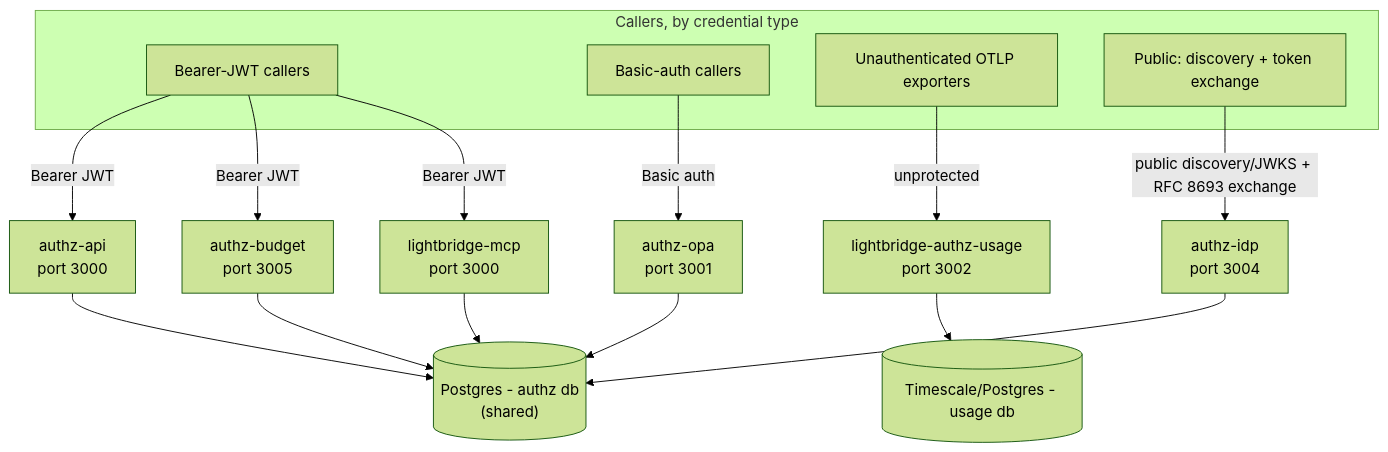
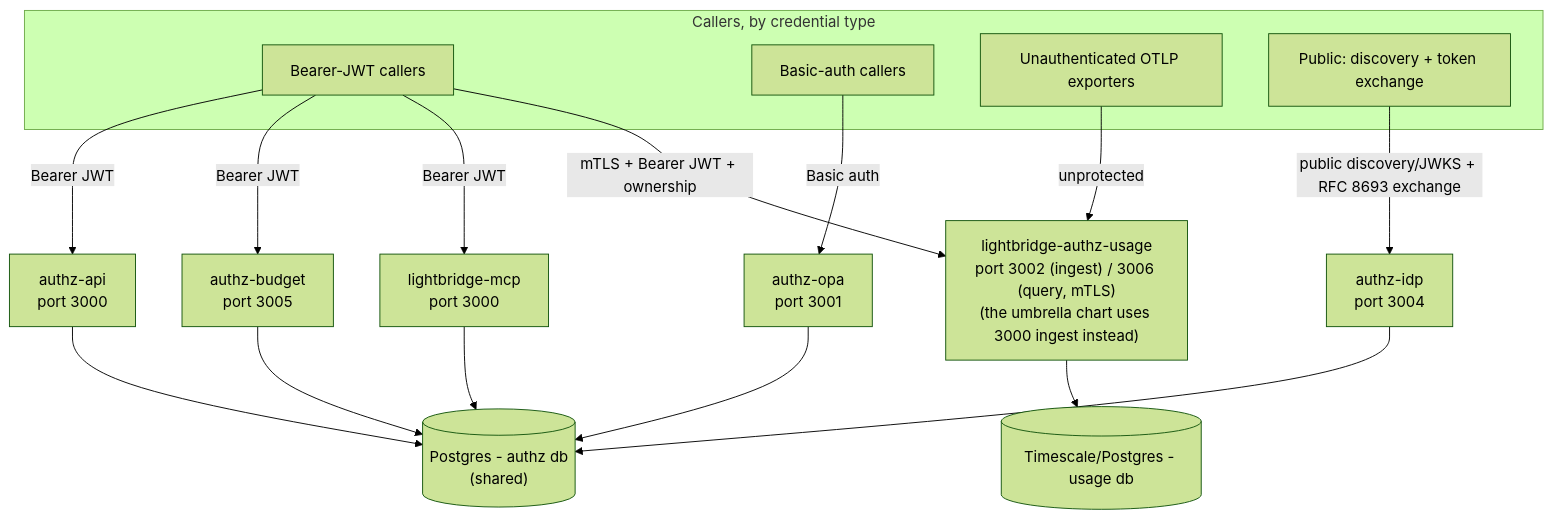
One commit to ADORSYS-GIS/lightbridge-authz changed the second of 2 diagrams in docs/architecture/README.md. Above: the diagram before and after it, drawn with Mermaid (forest theme). The commit also changed other lines of this file and 14 other files, not shown here.

````diff
--- a/docs/architecture/README.md
+++ b/docs/architecture/README.md
@@ -103,33 +111,34 @@
 ```mermaid
 flowchart TB
     subgraph callerKinds["Callers, by credential type"]
         C1["Bearer-JWT callers"]
         C2["Basic-auth callers"]
         C3["Unauthenticated OTLP exporters"]
         C4["Public: discovery + token exchange"]
     end
 
     API["authz-api\nport 3000"]
     OPA["authz-opa\nport 3001"]
     Budget["authz-budget\nport 3005"]
     Idp["authz-idp\nport 3004"]
     MCP["lightbridge-mcp\nport 3000"]
-    Usage["lightbridge-authz-usage\nport 3002"]
+    Usage["lightbridge-authz-usage\nport 3002 (ingest) / 3006 (query, mTLS)\n(the umbrella chart uses 3000 ingest instead)"]
 
     AuthzDB[("Postgres - authz db\n(shared)")]
     UsageDB[("Timescale/Postgres - usage db")]
 
     C1 -->|"Bearer JWT"| API
     C1 -->|"Bearer JWT"| Budget
     C1 -->|"Bearer JWT"| MCP
     C2 -->|"Basic auth"| OPA
     C3 -->|"unprotected"| Usage
+    C1 -->|"mTLS + Bearer JWT + ownership"| Usage
     C4 -->|"public discovery/JWKS + RFC 8693 exchange"| Idp
 
     API --> AuthzDB
     OPA --> AuthzDB
     Budget --> AuthzDB
     Idp --> AuthzDB
     MCP --> AuthzDB
     Usage --> UsageDB
 ```
````
